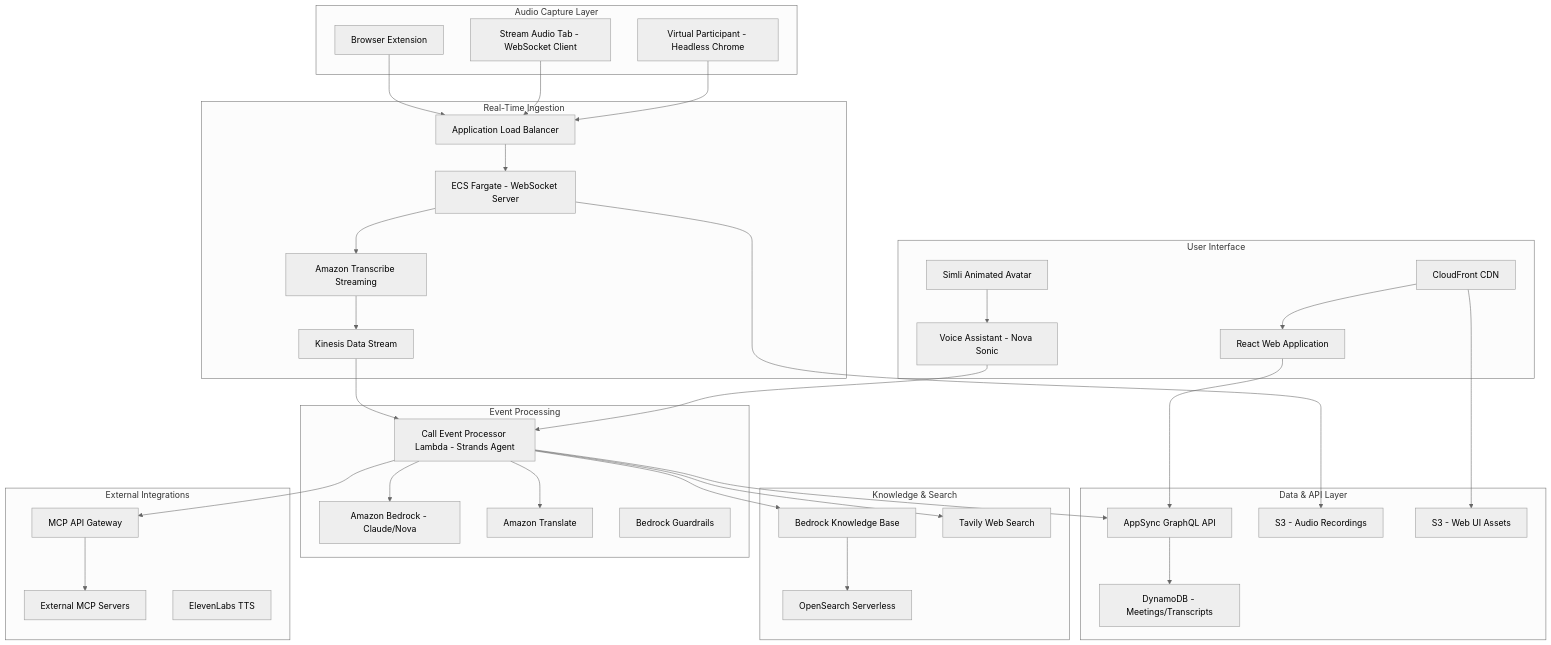
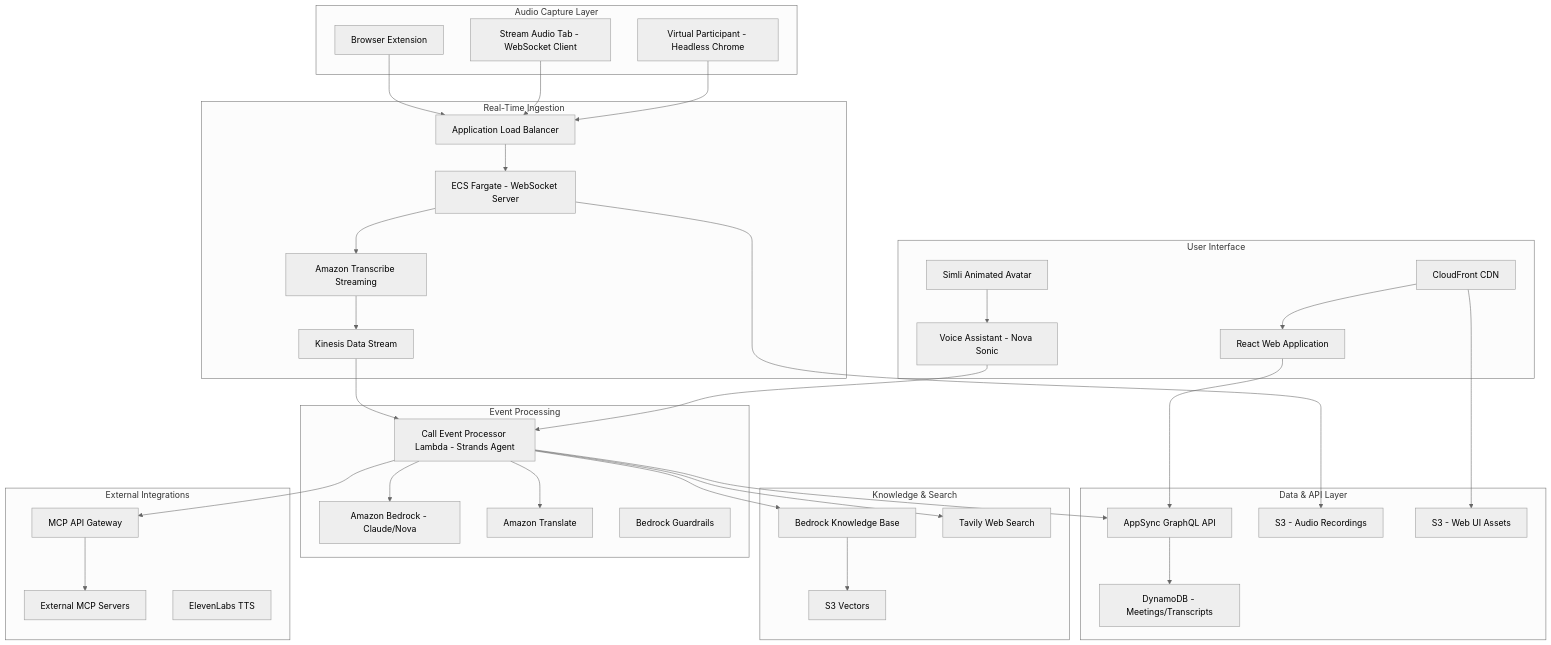
The first of 2 diagrams in threat-modeling/architecture/system-overview.md (aws-samples/amazon-transcribe-live-meeting-assistant), drawn with Mermaid (neutral theme) before and after one commit. The commit also changed other lines of this file and 24 other files, not shown here.

First line of the commit message:
chore(bedrockkb): remove unused OpenSearch Serverless and web crawler code

````diff
--- a/threat-modeling/architecture/system-overview.md
+++ b/threat-modeling/architecture/system-overview.md
@@ -20,71 +20,71 @@
 ```mermaid
 flowchart TD
     subgraph AudioCapture[Audio Capture Layer]
         BrowserExt[Browser Extension]
         StreamTab[Stream Audio Tab - WebSocket Client]
         VPBot[Virtual Participant - Headless Chrome]
     end
 
     subgraph Ingestion[Real-Time Ingestion]
         ALB[Application Load Balancer]
         Fargate[ECS Fargate - WebSocket Server]
         Transcribe[Amazon Transcribe Streaming]
         Kinesis[Kinesis Data Stream]
     end
 
     subgraph Processing[Event Processing]
         CEP[Call Event Processor Lambda - Strands Agent]
         Bedrock[Amazon Bedrock - Claude/Nova]
         Translate[Amazon Translate]
         Guardrails[Bedrock Guardrails]
     end
 
     subgraph Storage[Data & API Layer]
         AppSync[AppSync GraphQL API]
         DDB[DynamoDB - Meetings/Transcripts]
         S3Rec[S3 - Audio Recordings]
         S3UI[S3 - Web UI Assets]
     end
 
     subgraph Presentation[User Interface]
         CF[CloudFront CDN]
         ReactUI[React Web Application]
         VoiceAsst[Voice Assistant - Nova Sonic]
         Avatar[Simli Animated Avatar]
     end
 
     subgraph Search[Knowledge & Search]
         BedrockKB[Bedrock Knowledge Base]
-        OpenSearch[OpenSearch Serverless]
+        S3Vectors[S3 Vectors]
         Tavily[Tavily Web Search]
     end
 
     subgraph External[External Integrations]
         MCPGateway[MCP API Gateway]
         MCPServers[External MCP Servers]
         ElevenLabs[ElevenLabs TTS]
     end
 
     BrowserExt --> ALB
     StreamTab --> ALB
     VPBot --> ALB
     ALB --> Fargate
     Fargate --> Transcribe
     Transcribe --> Kinesis
     Kinesis --> CEP
     CEP --> Bedrock
     CEP --> Translate
     CEP --> AppSync
     AppSync --> DDB
     Fargate --> S3Rec
     CF --> S3UI
     CF --> ReactUI
     ReactUI --> AppSync
     CEP --> BedrockKB
-    BedrockKB --> OpenSearch
+    BedrockKB --> S3Vectors
     CEP --> MCPGateway
     MCPGateway --> MCPServers
     CEP --> Tavily
     VoiceAsst --> CEP
     Avatar --> VoiceAsst
 ```
````
